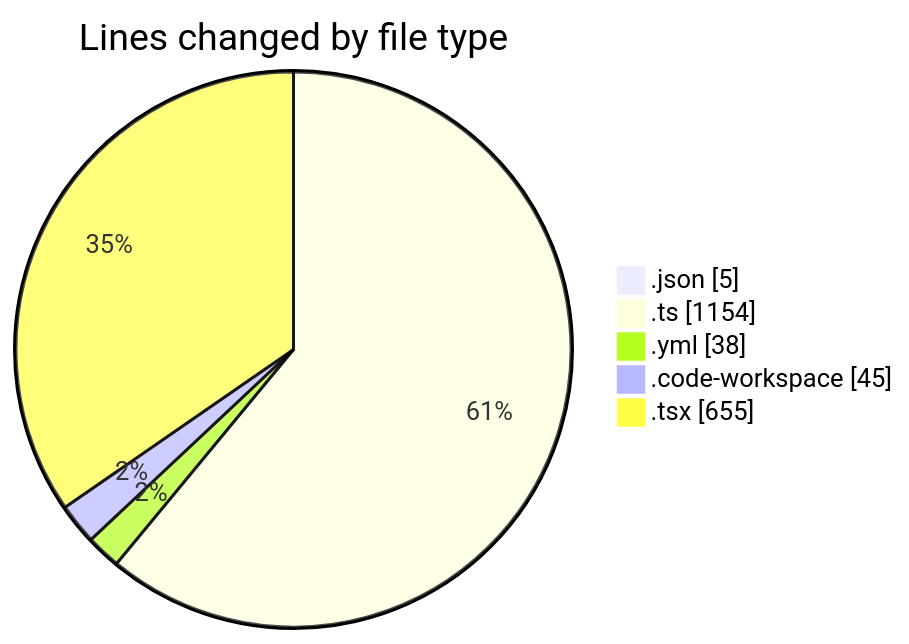
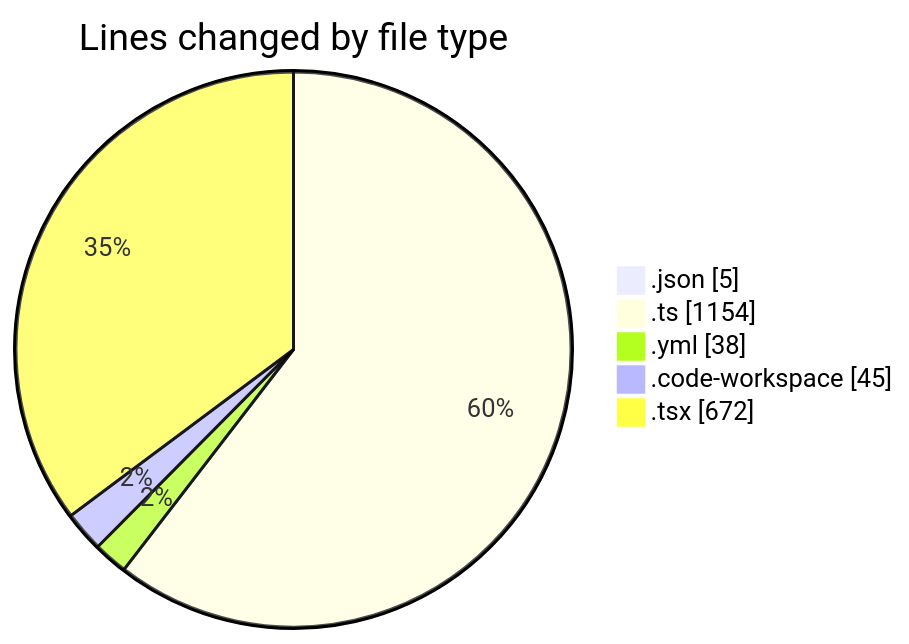
One commit to julien-gomy/code-tracking changed the first of 2 diagrams in 2025-11-25/eventscop-frontend-guide__workspace_/README.md. Above: the diagram before and after it, drawn with Mermaid. The commit also changed other lines of this file and 1 other file, not shown here.

````diff
--- a/2025-11-25/eventscop-frontend-guide__workspace_/README.md
+++ b/2025-11-25/eventscop-frontend-guide__workspace_/README.md
@@ -31,9 +31,9 @@
 ```mermaid
 pie showData
 title Lines changed by file type
 ".json" : 5
 ".ts" : 1154
 ".yml" : 38
 ".code-workspace" : 45
-".tsx" : 655
+".tsx" : 672
 ```
````
